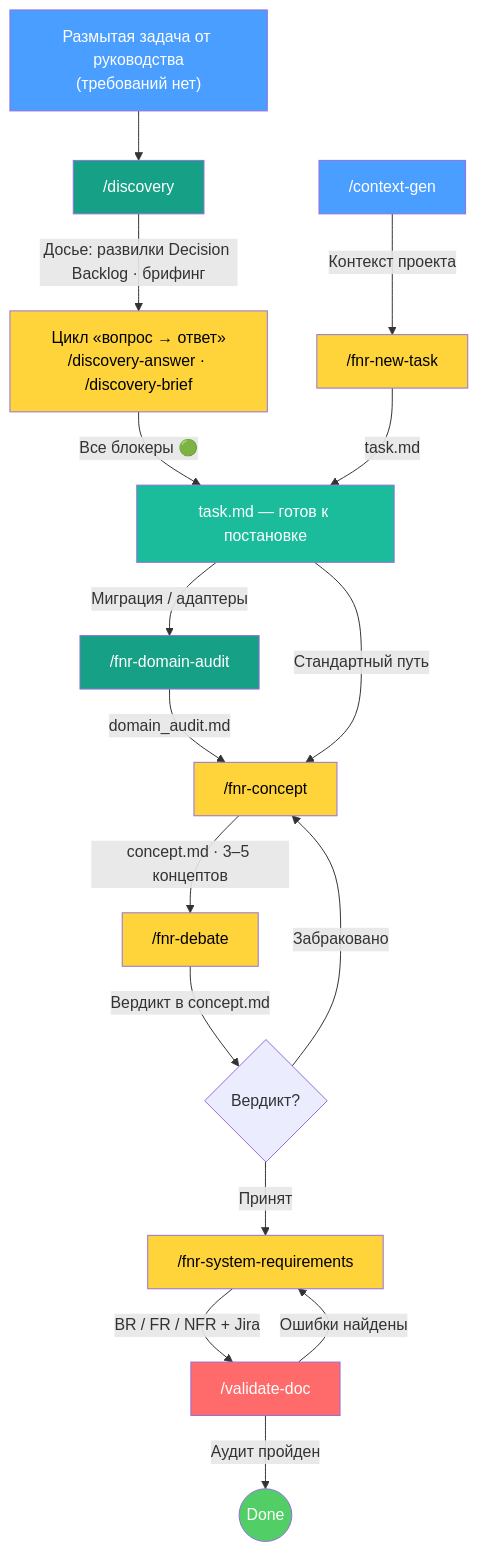
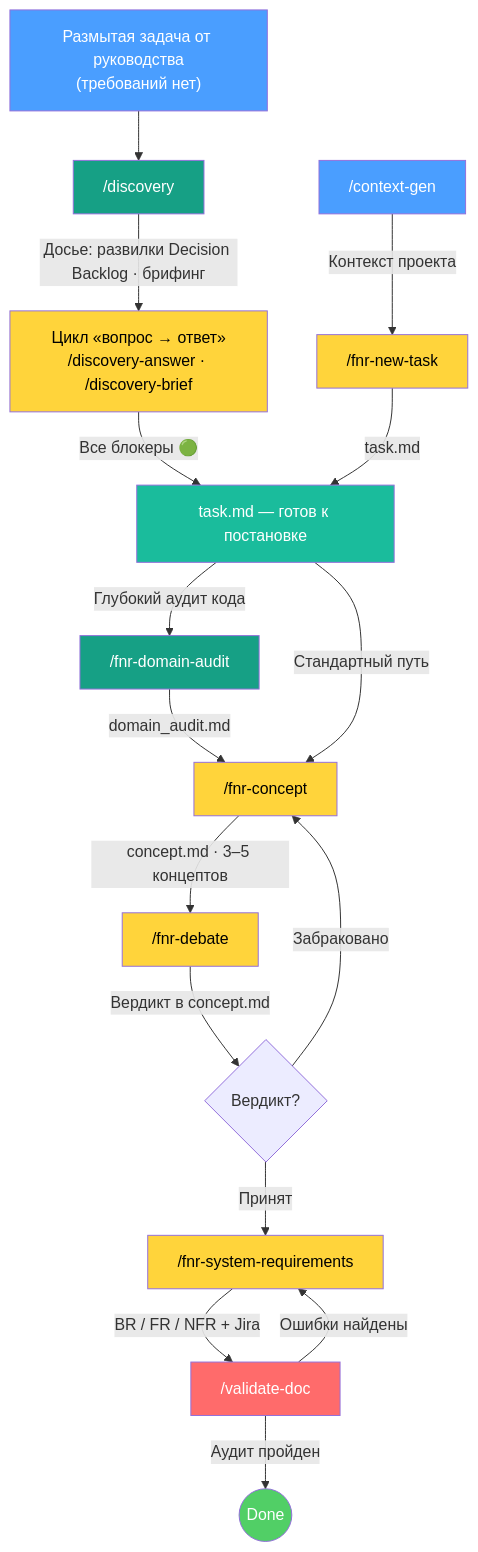
The second of 4 diagrams in README.md (boboden541/sa-helper), drawn with Mermaid before and after one commit. The commit also changed other lines of this file and 10 other files, not shown here.

Commit message:
refactor(fnr): fully generalize domain audit, debate rules and sysreq gates for any project type

````diff
--- a/README.md
+++ b/README.md
@@ -169,34 +169,34 @@
 ```mermaid
 flowchart TD
     A["/context-gen"] -->|"Контекст проекта"| B["/fnr-new-task"]
     T["Размытая задача от руководства<br/>(требований нет)"] --> D["/discovery"]
     D -->|"Досье: развилки Decision Backlog · брифинг"| Q["Цикл «вопрос → ответ»<br/>/discovery-answer · /discovery-brief"]
     Q -->|"Все блокеры 🟢"| T2["task.md — готов к постановке"]
     B -->|"task.md"| T2
 
-    T2 -->|"Миграция / адаптеры"| DA["/fnr-domain-audit"]
+    T2 -->|"Глубокий аудит кода"| DA["/fnr-domain-audit"]
     DA -->|"domain_audit.md"| C["/fnr-concept"]
     T2 -->|"Стандартный путь"| C
     C -->|"concept.md · 3–5 концептов"| DD["/fnr-debate"]
     DD -->|"Вердикт в concept.md"| E{Вердикт?}
 
     E -->|"Принят"| F["/fnr-system-requirements"]
     E -->|"Забраковано"| C
 
     F -->|"BR / FR / NFR + Jira"| G["/validate-doc"]
     G -->|"Аудит пройден"| H(("Done"))
     G -->|"Ошибки найдены"| F
 
     style A fill:#4a9eff,color:#fff
     style T fill:#4a9eff,color:#fff
     style D fill:#16a085,color:#fff
     style Q fill:#ffd43b,color:#000
     style B fill:#ffd43b,color:#000
     style T2 fill:#1abc9c,color:#fff
     style DA fill:#16a085,color:#fff
     style C fill:#ffd43b,color:#000
     style DD fill:#ffd43b,color:#000
     style F fill:#ffd43b,color:#000
     style G fill:#ff6b6b,color:#fff
     style H fill:#51cf66,color:#fff
 ```
````
